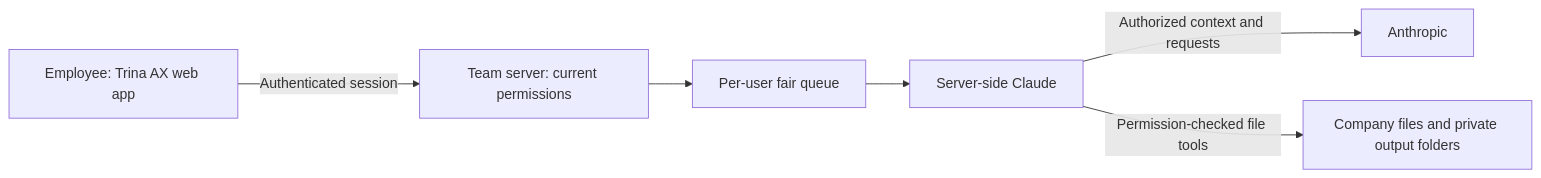
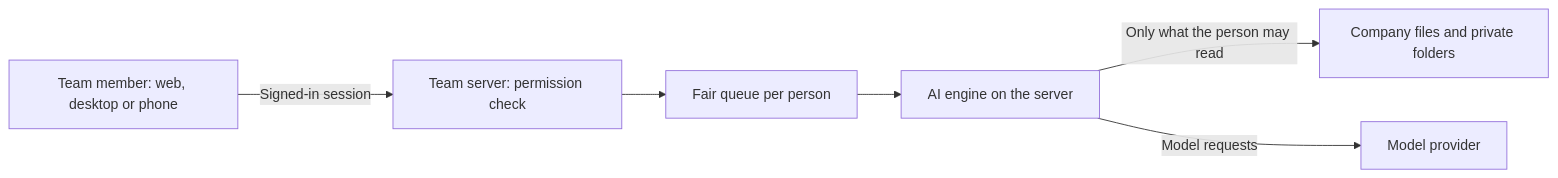
The diagram in README.md (trina-app/trina-ax), drawn with Mermaid before and after one commit. The commit also changed other lines of this file and 15 other files, not shown here.

````diff
--- a/README.md
+++ b/README.md
@@ -9,8 +8,8 @@
 ```mermaid
 flowchart LR
-  A[Employee: Trina AX web app] -->|Authenticated session| B[Team server: current permissions]
-  B --> Q[Per-user fair queue]
-  Q --> C[Server-side Claude]
-  C -->|Authorized context and requests| P[Anthropic]
-  C -->|Permission-checked file tools| F[Company files and private output folders]
+  A[Team member: web, desktop or phone] -->|Signed-in session| B[Team server: permission check]
+  B --> Q[Fair queue per person]
+  Q --> C[AI engine on the server]
+  C -->|Only what the person may read| F[Company files and private folders]
+  C -->|Model requests| P[Model provider]
 ```
````
